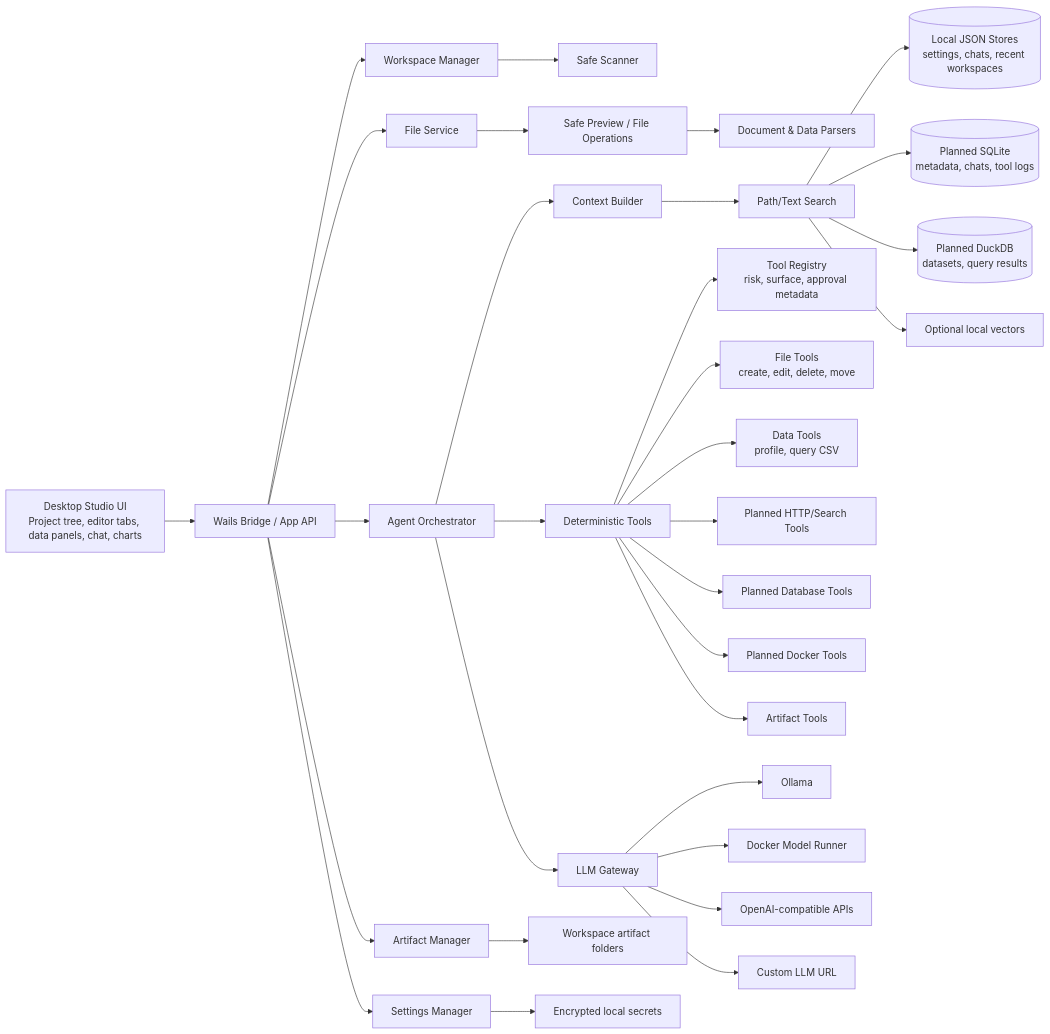
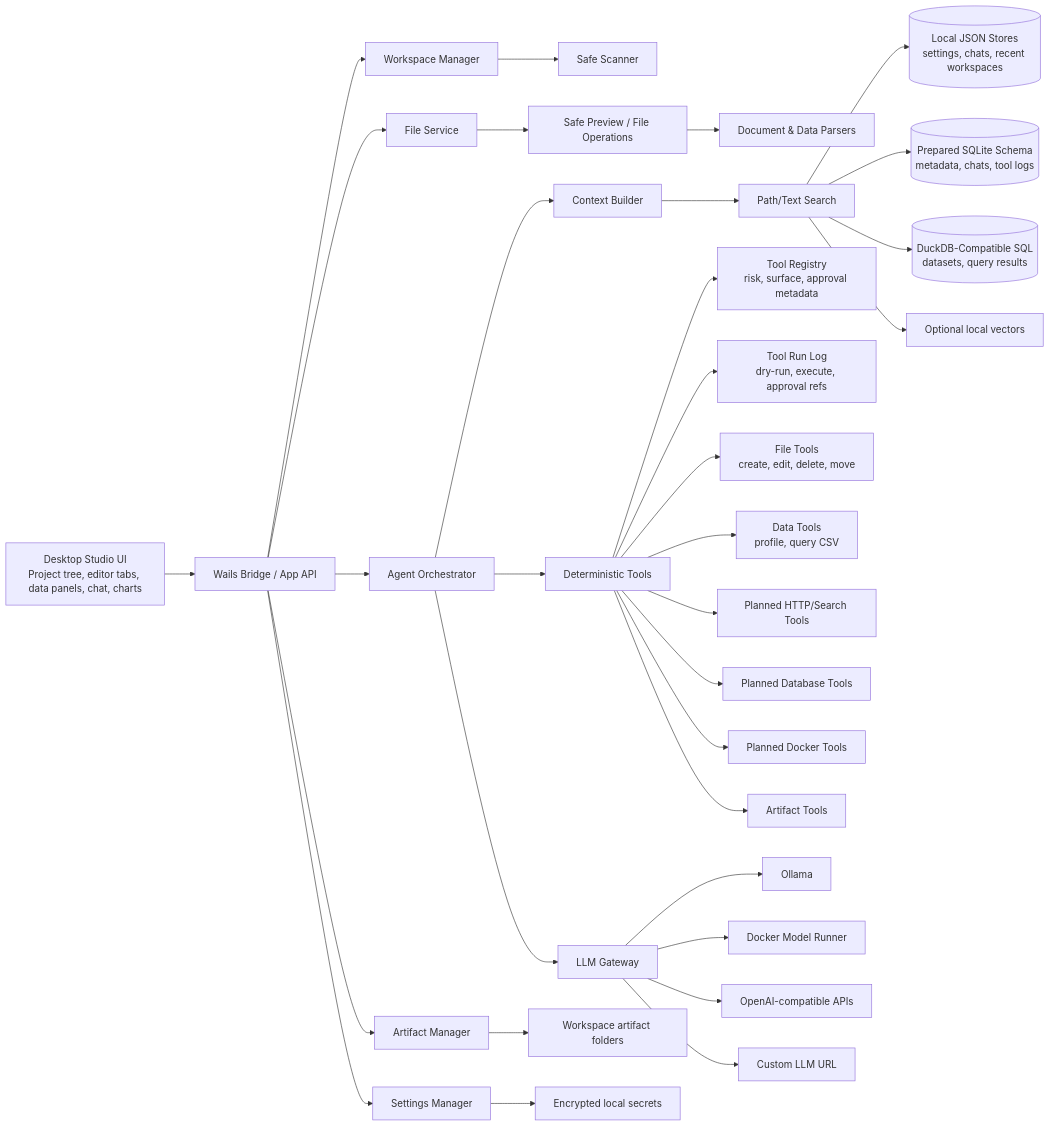
The diagram in docs/02_ARCHITECTURE.md (RCooLeR/NexusDesk), drawn with Mermaid before and after one commit. The commit also changed other lines of this file and 28 other files, not shown here.

````diff
--- a/docs/02_ARCHITECTURE.md
+++ b/docs/02_ARCHITECTURE.md
@@ -41,40 +45,41 @@
 ```mermaid
 flowchart LR
   UI["Desktop Studio UI<br/>Project tree, editor tabs, data panels, chat, charts"] --> Bridge["Wails Bridge / App API"]
 
   Bridge --> Workspace["Workspace Manager"]
   Bridge --> Files["File Service"]
   Bridge --> Agent["Agent Orchestrator"]
   Bridge --> Artifacts["Artifact Manager"]
   Bridge --> Settings["Settings Manager"]
 
   Workspace --> Scanner["Safe Scanner"]
   Files --> Previewer["Safe Preview / File Operations"]
   Previewer --> Parsers["Document & Data Parsers"]
 
   Agent --> Context["Context Builder"]
   Agent --> Tools["Deterministic Tools"]
   Agent --> LLM["LLM Gateway"]
 
   Context --> Search["Path/Text Search"]
   Search --> JsonStores[("Local JSON Stores<br/>settings, chats, recent workspaces")]
-  Search --> FutureAppDB[("Planned SQLite<br/>metadata, chats, tool logs")]
-  Search --> FutureAnalyticsDB[("Planned DuckDB<br/>datasets, query results")]
+  Search --> FutureAppDB[("Prepared SQLite Schema<br/>metadata, chats, tool logs")]
+  Search --> FutureAnalyticsDB[("DuckDB-Compatible SQL<br/>datasets, query results")]
   Search --> FutureVectorStore["Optional local vectors"]
 
   Tools --> Registry["Tool Registry<br/>risk, surface, approval metadata"]
+  Tools --> ToolRuns["Tool Run Log<br/>dry-run, execute, approval refs"]
   Tools --> FileTools["File Tools<br/>create, edit, delete, move"]
   Tools --> DataTools["Data Tools<br/>profile, query CSV"]
   Tools --> FutureWebTools["Planned HTTP/Search Tools"]
   Tools --> FutureDBTools["Planned Database Tools"]
   Tools --> FutureDockerTools["Planned Docker Tools"]
   Tools --> ArtifactTools["Artifact Tools"]
 
   LLM --> Ollama["Ollama"]
   LLM --> DockerModelRunner["Docker Model Runner"]
   LLM --> OpenAICompat["OpenAI-compatible APIs"]
   LLM --> CustomGateway["Custom LLM URL"]
 
   Artifacts --> WorkspaceFiles["Workspace artifact folders"]
   Settings --> Secrets["Encrypted local secrets"]
 ```
````
